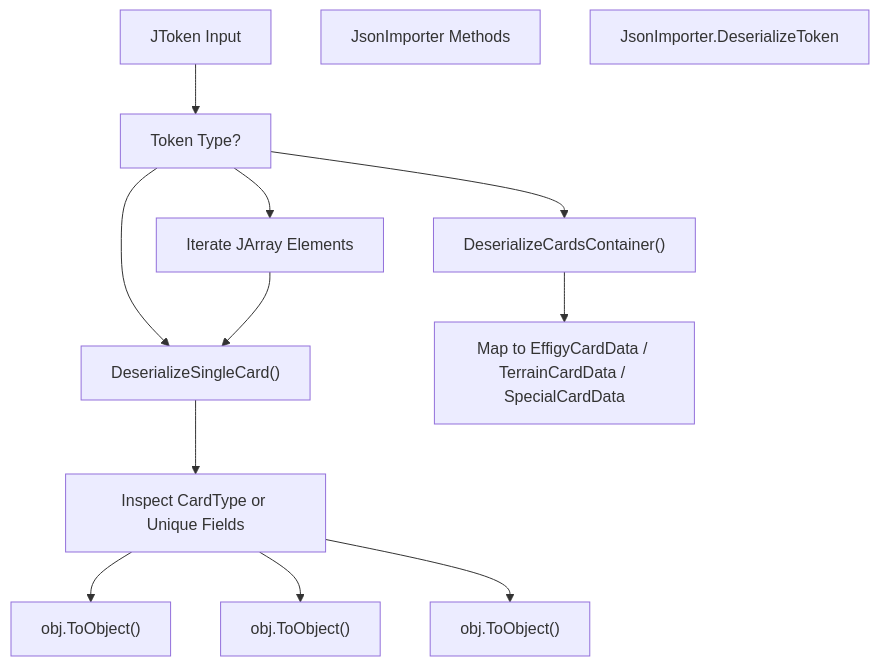
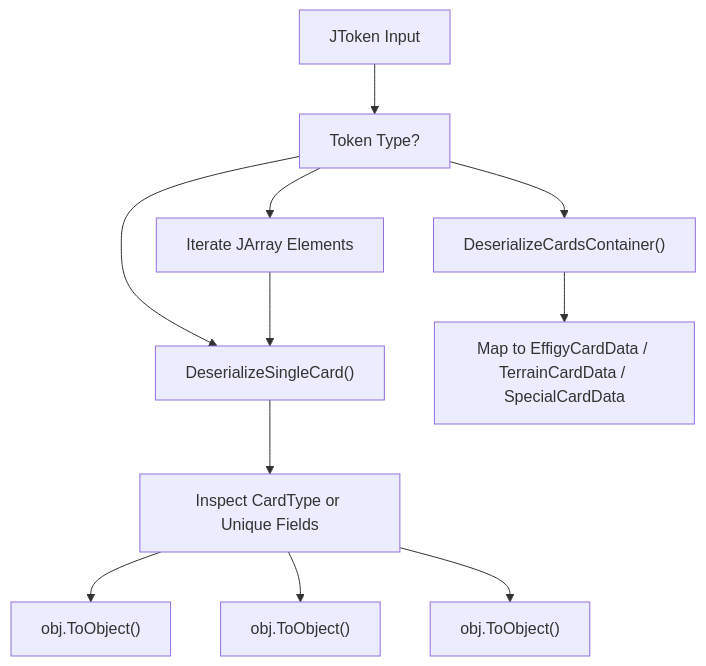
One commit to Drakilis-57/WankulCrazy changed the second of 3 diagrams in wiki/Données JSON des Cartes et Importation.md. Above: the diagram before and after it, drawn with Mermaid. The commit also changed other lines of this file and 11 other files, not shown here.

````diff
--- a/wiki/Données JSON des Cartes et Importation.md
+++ b/wiki/Données JSON des Cartes et Importation.md
@@ -69,27 +67,25 @@
 ```mermaid
 flowchart TD
 
 Token["JToken Input"]
 CheckType["Token Type?"]
 Container["DeserializeCardsContainer()"]
 Single["DeserializeSingleCard()"]
 ArrayIter["Iterate JArray Elements"]
 MapTypes["Map to EffigyCardData / TerrainCardData / SpecialCardData"]
 InspectProps["Inspect CardType or Unique Fields"]
 TerrainCast["obj.ToObject()"]
 SpecialCast["obj.ToObject()"]
 EffigyCast["obj.ToObject()"]
-sub:JsonImporter.DeserializeToken["JsonImporter Methods"]
-JsonImporter.DeserializeToken["JsonImporter.DeserializeToken"]
 
 Token --> CheckType
 CheckType --> Container
 CheckType --> Single
 CheckType --> ArrayIter
 Container --> MapTypes
 Single --> InspectProps
 ArrayIter --> Single
 InspectProps --> TerrainCast
 InspectProps --> SpecialCast
 InspectProps --> EffigyCast
 ```
````
